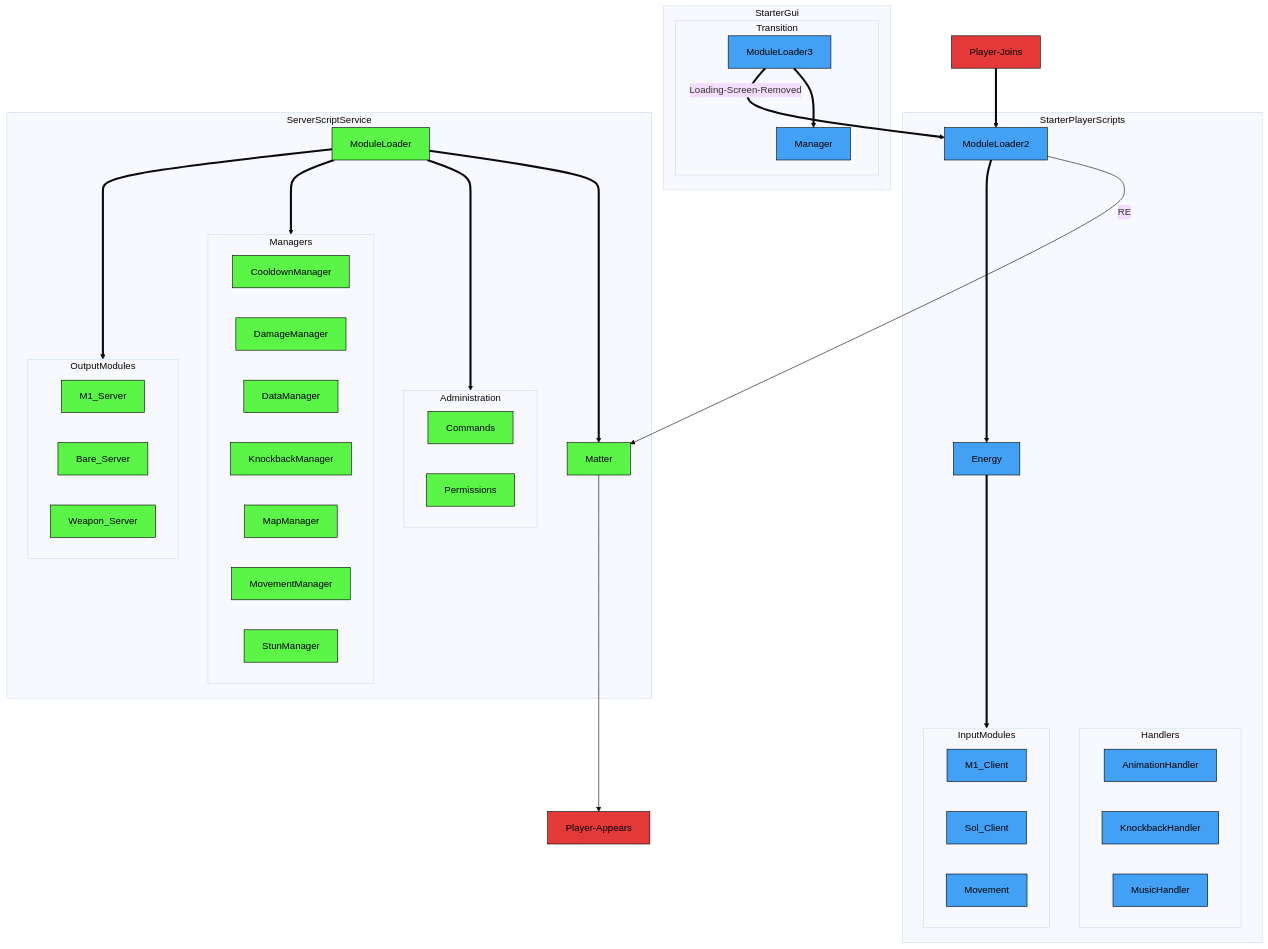
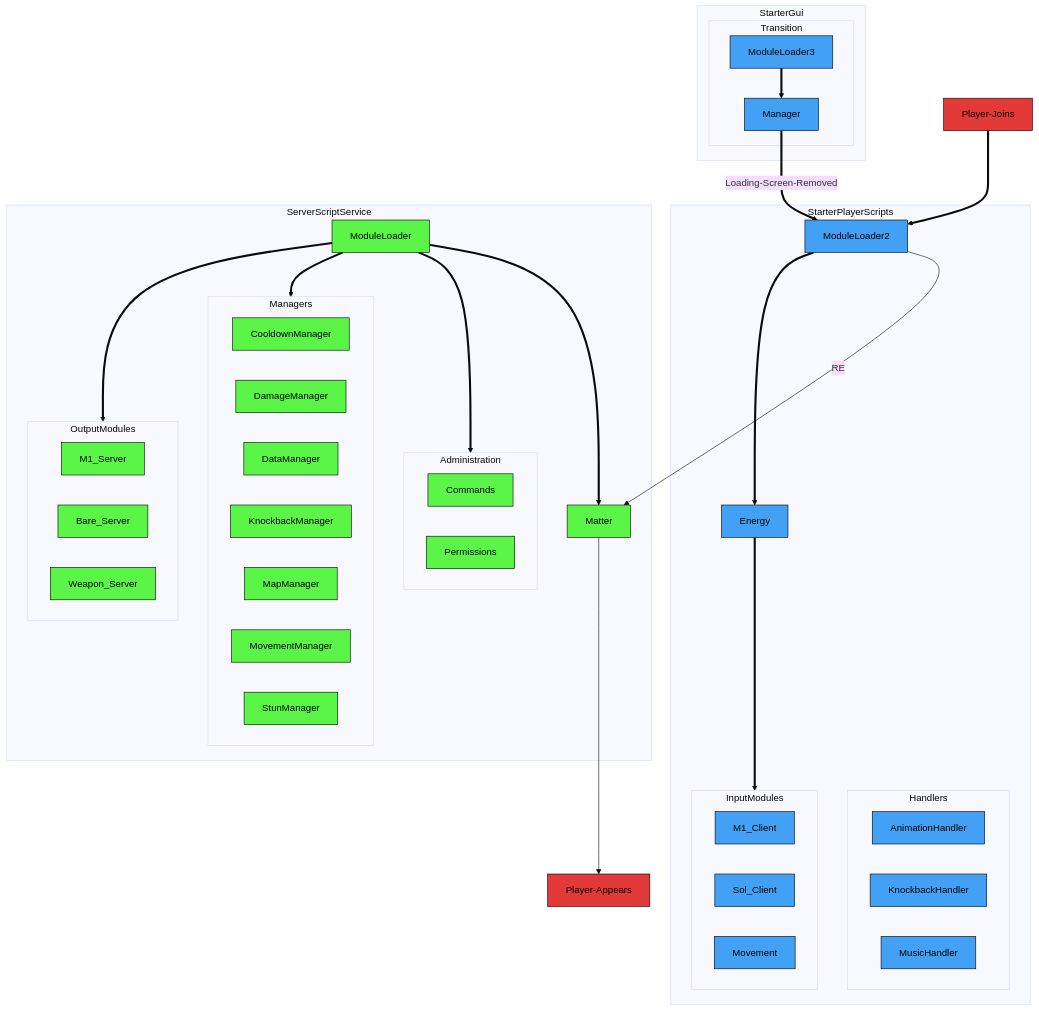
The first of 3 diagrams in README.md (altair5607249/Crusaders-Game), drawn with Mermaid (base theme) before and after one commit.

````diff
--- a/README.md
+++ b/README.md
@@ -52,74 +52,74 @@
 ```mermaid
 flowchart TB;
 
   classDef eventNode fill:#e33939,stroke:#000000,color:#000000
   classDef serverNode fill:#5bf547,stroke:#000000,color:#000000
   classDef clientNode fill:#42a1f5,stroke:#000000,color:#000000
   classDef universalNode fill:#b549eb,stroke:#000000,color:#000000
 
   subgraph StarterPlayerScripts
     ModuleLoader2;
     Energy;
 
     subgraph Handlers
       AnimationHandler;
       KnockbackHandler;
       MusicHandler;
     end
 
     subgraph InputModules
       M1_Client;
       Sol_Client;
       Movement;
     end
   end
 
   subgraph StarterGui
     subgraph Transition
       ModuleLoader3==>A["Manager"]
     end
   end
 
   subgraph ServerScriptService
     ModuleLoader;
     Matter;
 
     subgraph Administration
       Commands;
       Permissions;
     end
 
     subgraph Managers
       CooldownManager;
       DamageManager;
       DataManager;
       KnockbackManager;
       MapManager;
       MovementManager;
       StunManager;
     end
 
     subgraph OutputModules
       M1_Server;
       Bare_Server;
       Weapon_Server;
     end
   end
 
   Player-Joins==>ModuleLoader2
 
-  ModuleLoader3==>|Loading-Screen-Removed| ModuleLoader2
+  A==>|Loading-Screen-Removed| ModuleLoader2
 
   ModuleLoader2-->|RE| Matter-->Player-Appears;
   ModuleLoader2==>Energy==>InputModules;
 
   ModuleLoader==>Matter;
   ModuleLoader==>Administration;
   ModuleLoader==>Managers;
   ModuleLoader==>OutputModules;
 
   class Player-Joins,Player-Appears,Loading-Screen eventNode;
   class ModuleLoader,Matter,Commands,Permissions,CooldownManager,DamageManager,DataManager,KnockbackManager,MapManager,MovementManager,StunManager,M1_Server,Bare_Server,Weapon_Server serverNode;
   class ModuleLoader2,Energy,AnimationHandler,KnockbackHandler,MusicHandler,M1_Client,Sol_Client,Movement,ModuleLoader3,ModuleLoader4,A,B,C clientNode;
   class Space,Time universalNode;
 ```
````
